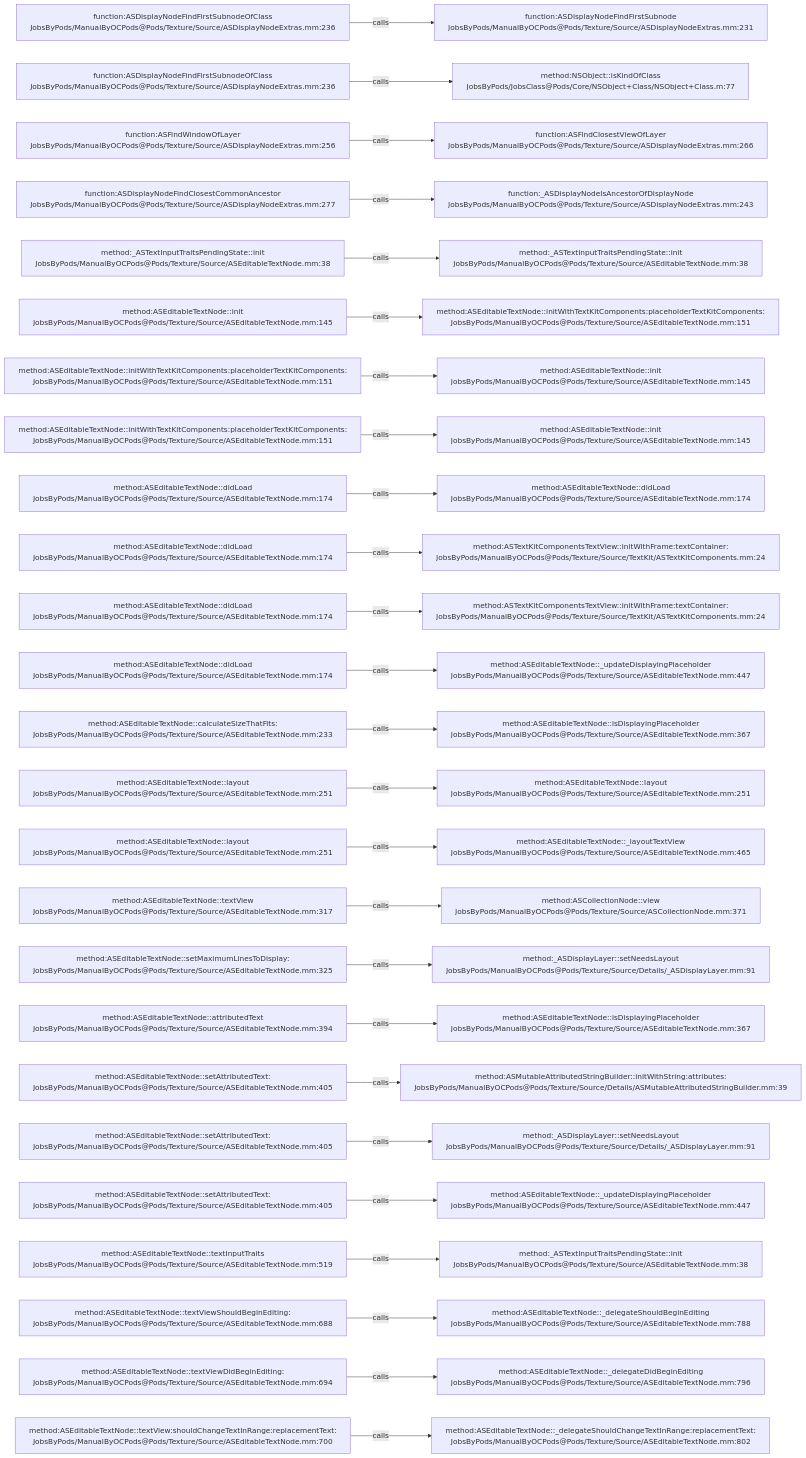
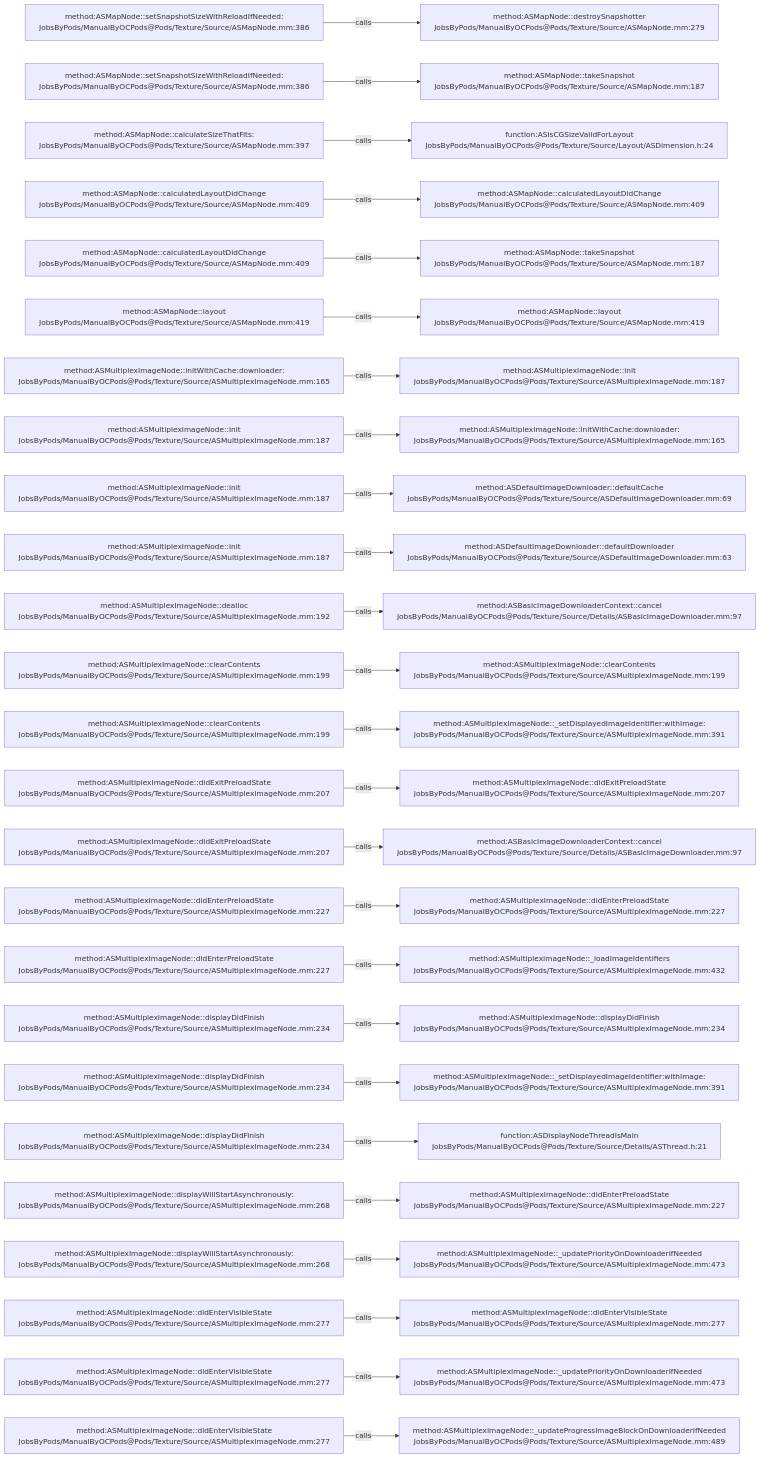
Before and after one commit to JobsKits/JobsOCBaseConfigDemo: the diagram in .codegraph/codegraph.md/graphs/calls-099.md, drawn with Mermaid. The commit also changed 2723 other files, not shown here.

````diff
--- a/.codegraph/codegraph.md/graphs/calls-099.md
+++ b/.codegraph/codegraph.md/graphs/calls-099.md
@@ -13,78 +13,78 @@
 ```mermaid
 flowchart LR
-  S1["function:ASDisplayNodeFindFirstSubnodeOfClass<br/>JobsByPods/ManualByOCPods@Pods/Texture/Source/ASDisplayNodeExtras.mm:236"]
-  T1["function:ASDisplayNodeFindFirstSubnode<br/>JobsByPods/ManualByOCPods@Pods/Texture/Source/ASDisplayNodeExtras.mm:231"]
+  S1["method:ASMapNode::setSnapshotSizeWithReloadIfNeeded:<br/>JobsByPods/ManualByOCPods@Pods/Texture/Source/ASMapNode.mm:386"]
+  T1["method:ASMapNode::destroySnapshotter<br/>JobsByPods/ManualByOCPods@Pods/Texture/Source/ASMapNode.mm:279"]
   S1 -->|calls| T1
-  S2["function:ASDisplayNodeFindFirstSubnodeOfClass<br/>JobsByPods/ManualByOCPods@Pods/Texture/Source/ASDisplayNodeExtras.mm:236"]
-  T2["method:NSObject::isKindOfClass<br/>JobsByPods/JobsClass@Pods/Core/NSObject+Class/NSObject+Class.m:77"]
+  S2["method:ASMapNode::setSnapshotSizeWithReloadIfNeeded:<br/>JobsByPods/ManualByOCPods@Pods/Texture/Source/ASMapNode.mm:386"]
+  T2["method:ASMapNode::takeSnapshot<br/>JobsByPods/ManualByOCPods@Pods/Texture/Source/ASMapNode.mm:187"]
   S2 -->|calls| T2
-  S3["function:ASFindWindowOfLayer<br/>JobsByPods/ManualByOCPods@Pods/Texture/Source/ASDisplayNodeExtras.mm:256"]
-  T3["function:ASFindClosestViewOfLayer<br/>JobsByPods/ManualByOCPods@Pods/Texture/Source/ASDisplayNodeExtras.mm:266"]
+  S3["method:ASMapNode::calculateSizeThatFits:<br/>JobsByPods/ManualByOCPods@Pods/Texture/Source/ASMapNode.mm:397"]
+  T3["function:ASIsCGSizeValidForLayout<br/>JobsByPods/ManualByOCPods@Pods/Texture/Source/Layout/ASDimension.h:24"]
   S3 -->|calls| T3
-  S4["function:ASDisplayNodeFindClosestCommonAncestor<br/>JobsByPods/ManualByOCPods@Pods/Texture/Source/ASDisplayNodeExtras.mm:277"]
-  T4["function:_ASDisplayNodeIsAncestorOfDisplayNode<br/>JobsByPods/ManualByOCPods@Pods/Texture/Source/ASDisplayNodeExtras.mm:243"]
+  S4["method:ASMapNode::calculatedLayoutDidChange<br/>JobsByPods/ManualByOCPods@Pods/Texture/Source/ASMapNode.mm:409"]
+  T4["method:ASMapNode::calculatedLayoutDidChange<br/>JobsByPods/ManualByOCPods@Pods/Texture/Source/ASMapNode.mm:409"]
   S4 -->|calls| T4
-  S5["method:_ASTextInputTraitsPendingState::init<br/>JobsByPods/ManualByOCPods@Pods/Texture/Source/ASEditableTextNode.mm:38"]
-  T5["method:_ASTextInputTraitsPendingState::init<br/>JobsByPods/ManualByOCPods@Pods/Texture/Source/ASEditableTextNode.mm:38"]
+  S5["method:ASMapNode::calculatedLayoutDidChange<br/>JobsByPods/ManualByOCPods@Pods/Texture/Source/ASMapNode.mm:409"]
+  T5["method:ASMapNode::takeSnapshot<br/>JobsByPods/ManualByOCPods@Pods/Texture/Source/ASMapNode.mm:187"]
   S5 -->|calls| T5
-  S6["method:ASEditableTextNode::init<br/>JobsByPods/ManualByOCPods@Pods/Texture/Source/ASEditableTextNode.mm:145"]
-  T6["method:ASEditableTextNode::initWithTextKitComponents:placeholderTextKitComponents:<br/>JobsByPods/ManualByOCPods@Pods/Texture/Source/ASEditableTextNode.mm:151"]
+  S6["method:ASMapNode::layout<br/>JobsByPods/ManualByOCPods@Pods/Texture/Source/ASMapNode.mm:419"]
+  T6["method:ASMapNode::layout<br/>JobsByPods/ManualByOCPods@Pods/Texture/Source/ASMapNode.mm:419"]
   S6 -->|calls| T6
-  S7["method:ASEditableTextNode::initWithTextKitComponents:placeholderTextKitComponents:<br/>JobsByPods/ManualByOCPods@Pods/Texture/Source/ASEditableTextNode.mm:151"]
-  T7["method:ASEditableTextNode::init<br/>JobsByPods/ManualByOCPods@Pods/Texture/Source/ASEditableTextNode.mm:145"]
+  S7["method:ASMultiplexImageNode::initWithCache:downloader:<br/>JobsByPods/ManualByOCPods@Pods/Texture/Source/ASMultiplexImageNode.mm:165"]
+  T7["method:ASMultiplexImageNode::init<br/>JobsByPods/ManualByOCPods@Pods/Texture/Source/ASMultiplexImageNode.mm:187"]
   S7 -->|calls| T7
-  S8["method:ASEditableTextNode::initWithTextKitComponents:placeholderTextKitComponents:<br/>JobsByPods/ManualByOCPods@Pods/Texture/Source/ASEditableTextNode.mm:151"]
-  T8["method:ASEditableTextNode::init<br/>JobsByPods/ManualByOCPods@Pods/Texture/Source/ASEditableTextNode.mm:145"]
+  S8["method:ASMultiplexImageNode::init<br/>JobsByPods/ManualByOCPods@Pods/Texture/Source/ASMultiplexImageNode.mm:187"]
+  T8["method:ASMultiplexImageNode::initWithCache:downloader:<br/>JobsByPods/ManualByOCPods@Pods/Texture/Source/ASMultiplexImageNode.mm:165"]
   S8 -->|calls| T8
-  S9["method:ASEditableTextNode::didLoad<br/>JobsByPods/ManualByOCPods@Pods/Texture/Source/ASEditableTextNode.mm:174"]
-  T9["method:ASEditableTextNode::didLoad<br/>JobsByPods/ManualByOCPods@Pods/Texture/Source/ASEditableTextNode.mm:174"]
+  S9["method:ASMultiplexImageNode::init<br/>JobsByPods/ManualByOCPods@Pods/Texture/Source/ASMultiplexImageNode.mm:187"]
+  T9["method:ASDefaultImageDownloader::defaultCache<br/>JobsByPods/ManualByOCPods@Pods/Texture/Source/ASDefaultImageDownloader.mm:69"]
   S9 -->|calls| T9
-  S10["method:ASEditableTextNode::didLoad<br/>JobsByPods/ManualByOCPods@Pods/Texture/Source/ASEditableTextNode.mm:174"]
-  T10["method:ASTextKitComponentsTextView::initWithFrame:textContainer:<br/>JobsByPods/ManualByOCPods@Pods/Texture/Source/TextKit/ASTextKitComponents.mm:24"]
+  S10["method:ASMultiplexImageNode::init<br/>JobsByPods/ManualByOCPods@Pods/Texture/Source/ASMultiplexImageNode.mm:187"]
+  T10["method:ASDefaultImageDownloader::defaultDownloader<br/>JobsByPods/ManualByOCPods@Pods/Texture/Source/ASDefaultImageDownloader.mm:63"]
   S10 -->|calls| T10
-  S11["method:ASEditableTextNode::didLoad<br/>JobsByPods/ManualByOCPods@Pods/Texture/Source/ASEditableTextNode.mm:174"]
-  T11["method:ASTextKitComponentsTextView::initWithFrame:textContainer:<br/>JobsByPods/ManualByOCPods@Pods/Texture/Source/TextKit/ASTextKitComponents.mm:24"]
+  S11["method:ASMultiplexImageNode::dealloc<br/>JobsByPods/ManualByOCPods@Pods/Texture/Source/ASMultiplexImageNode.mm:192"]
+  T11["method:ASBasicImageDownloaderContext::cancel<br/>JobsByPods/ManualByOCPods@Pods/Texture/Source/Details/ASBasicImageDownloader.mm:97"]
   S11 -->|calls| T11
-  S12["method:ASEditableTextNode::didLoad<br/>JobsByPods/ManualByOCPods@Pods/Texture/Source/ASEditableTextNode.mm:174"]
-  T12["method:ASEditableTextNode::_updateDisplayingPlaceholder<br/>JobsByPods/ManualByOCPods@Pods/Texture/Source/ASEditableTextNode.mm:447"]
+  S12["method:ASMultiplexImageNode::clearContents<br/>JobsByPods/ManualByOCPods@Pods/Texture/Source/ASMultiplexImageNode.mm:199"]
+  T12["method:ASMultiplexImageNode::clearContents<br/>JobsByPods/ManualByOCPods@Pods/Texture/Source/ASMultiplexImageNode.mm:199"]
   S12 -->|calls| T12
-  S13["method:ASEditableTextNode::calculateSizeThatFits:<br/>JobsByPods/ManualByOCPods@Pods/Texture/Source/ASEditableTextNode.mm:233"]
-  T13["method:ASEditableTextNode::isDisplayingPlaceholder<br/>JobsByPods/ManualByOCPods@Pods/Texture/Source/ASEditableTextNode.mm:367"]
+  S13["method:ASMultiplexImageNode::clearContents<br/>JobsByPods/ManualByOCPods@Pods/Texture/Source/ASMultiplexImageNode.mm:199"]
+  T13["method:ASMultiplexImageNode::_setDisplayedImageIdentifier:withImage:<br/>JobsByPods/ManualByOCPods@Pods/Texture/Source/ASMultiplexImageNode.mm:391"]
   S13 -->|calls| T13
-  S14["method:ASEditableTextNode::layout<br/>JobsByPods/ManualByOCPods@Pods/Texture/Source/ASEditableTextNode.mm:251"]
-  T14["method:ASEditableTextNode::layout<br/>JobsByPods/ManualByOCPods@Pods/Texture/Source/ASEditableTextNode.mm:251"]
+  S14["method:ASMultiplexImageNode::didExitPreloadState<br/>JobsByPods/ManualByOCPods@Pods/Texture/Source/ASMultiplexImageNode.mm:207"]
+  T14["method:ASMultiplexImageNode::didExitPreloadState<br/>JobsByPods/ManualByOCPods@Pods/Texture/Source/ASMultiplexImageNode.mm:207"]
   S14 -->|calls| T14
-  S15["method:ASEditableTextNode::layout<br/>JobsByPods/ManualByOCPods@Pods/Texture/Source/ASEditableTextNode.mm:251"]
-  T15["method:ASEditableTextNode::_layoutTextView<br/>JobsByPods/ManualByOCPods@Pods/Texture/Source/ASEditableTextNode.mm:465"]
+  S15["method:ASMultiplexImageNode::didExitPreloadState<br/>JobsByPods/ManualByOCPods@Pods/Texture/Source/ASMultiplexImageNode.mm:207"]
+  T15["method:ASBasicImageDownloaderContext::cancel<br/>JobsByPods/ManualByOCPods@Pods/Texture/Source/Details/ASBasicImageDownloader.mm:97"]
   S15 -->|calls| T15
-  S16["method:ASEditableTextNode::textView<br/>JobsByPods/ManualByOCPods@Pods/Texture/Source/ASEditableTextNode.mm:317"]
-  T16["method:ASCollectionNode::view<br/>JobsByPods/ManualByOCPods@Pods/Texture/Source/ASCollectionNode.mm:371"]
+  S16["method:ASMultiplexImageNode::didEnterPreloadState<br/>JobsByPods/ManualByOCPods@Pods/Texture/Source/ASMultiplexImageNode.mm:227"]
+  T16["method:ASMultiplexImageNode::didEnterPreloadState<br/>JobsByPods/ManualByOCPods@Pods/Texture/Source/ASMultiplexImageNode.mm:227"]
   S16 -->|calls| T16
-  S17["method:ASEditableTextNode::setMaximumLinesToDisplay:<br/>JobsByPods/ManualByOCPods@Pods/Texture/Source/ASEditableTextNode.mm:325"]
-  T17["method:_ASDisplayLayer::setNeedsLayout<br/>JobsByPods/ManualByOCPods@Pods/Texture/Source/Details/_ASDisplayLayer.mm:91"]
+  S17["method:ASMultiplexImageNode::didEnterPreloadState<br/>JobsByPods/ManualByOCPods@Pods/Texture/Source/ASMultiplexImageNode.mm:227"]
+  T17["method:ASMultiplexImageNode::_loadImageIdentifiers<br/>JobsByPods/ManualByOCPods@Pods/Texture/Source/ASMultiplexImageNode.mm:432"]
   S17 -->|calls| T17
-  S18["method:ASEditableTextNode::attributedText<br/>JobsByPods/ManualByOCPods@Pods/Texture/Source/ASEditableTextNode.mm:394"]
-  T18["method:ASEditableTextNode::isDisplayingPlaceholder<br/>JobsByPods/ManualByOCPods@Pods/Texture/Source/ASEditableTextNode.mm:367"]
+  S18["method:ASMultiplexImageNode::displayDidFinish<br/>JobsByPods/ManualByOCPods@Pods/Texture/Source/ASMultiplexImageNode.mm:234"]
+  T18["method:ASMultiplexImageNode::displayDidFinish<br/>JobsByPods/ManualByOCPods@Pods/Texture/Source/ASMultiplexImageNode.mm:234"]
   S18 -->|calls| T18
-  S19["method:ASEditableTextNode::setAttributedText:<br/>JobsByPods/ManualByOCPods@Pods/Texture/Source/ASEditableTextNode.mm:405"]
-  T19["method:ASMutableAttributedStringBuilder::initWithString:attributes:<br/>JobsByPods/ManualByOCPods@Pods/Texture/Source/Details/ASMutableAttributedStringBuilder.mm:39"]
+  S19["method:ASMultiplexImageNode::displayDidFinish<br/>JobsByPods/ManualByOCPods@Pods/Texture/Source/ASMultiplexImageNode.mm:234"]
+  T19["method:ASMultiplexImageNode::_setDisplayedImageIdentifier:withImage:<br/>JobsByPods/ManualByOCPods@Pods/Texture/Source/ASMultiplexImageNode.mm:391"]
   S19 -->|calls| T19
-  S20["method:ASEditableTextNode::setAttributedText:<br/>JobsByPods/ManualByOCPods@Pods/Texture/Source/ASEditableTextNode.mm:405"]
-  T20["method:_ASDisplayLayer::setNeedsLayout<br/>JobsByPods/ManualByOCPods@Pods/Texture/Source/Details/_ASDisplayLayer.mm:91"]
+  S20["method:ASMultiplexImageNode::displayDidFinish<br/>JobsByPods/ManualByOCPods@Pods/Texture/Source/ASMultiplexImageNode.mm:234"]
+  T20["function:ASDisplayNodeThreadIsMain<br/>JobsByPods/ManualByOCPods@Pods/Texture/Source/Details/ASThread.h:21"]
   S20 -->|calls| T20
-  S21["method:ASEditableTextNode::setAttributedText:<br/>JobsByPods/ManualByOCPods@Pods/Texture/Source/ASEditableTextNode.mm:405"]
-  T21["method:ASEditableTextNode::_updateDisplayingPlaceholder<br/>JobsByPods/ManualByOCPods@Pods/Texture/Source/ASEditableTextNode.mm:447"]
+  S21["method:ASMultiplexImageNode::displayWillStartAsynchronously:<br/>JobsByPods/ManualByOCPods@Pods/Texture/Source/ASMultiplexImageNode.mm:268"]
+  T21["method:ASMultiplexImageNode::didEnterPreloadState<br/>JobsByPods/ManualByOCPods@Pods/Texture/Source/ASMultiplexImageNode.mm:227"]
   S21 -->|calls| T21
-  S22["method:ASEditableTextNode::textInputTraits<br/>JobsByPods/ManualByOCPods@Pods/Texture/Source/ASEditableTextNode.mm:519"]
-  T22["method:_ASTextInputTraitsPendingState::init<br/>JobsByPods/ManualByOCPods@Pods/Texture/Source/ASEditableTextNode.mm:38"]
+  S22["method:ASMultiplexImageNode::displayWillStartAsynchronously:<br/>JobsByPods/ManualByOCPods@Pods/Texture/Source/ASMultiplexImageNode.mm:268"]
+  T22["method:ASMultiplexImageNode::_updatePriorityOnDownloaderIfNeeded<br/>JobsByPods/ManualByOCPods@Pods/Texture/Source/ASMultiplexImageNode.mm:473"]
   S22 -->|calls| T22
-  S23["method:ASEditableTextNode::textViewShouldBeginEditing:<br/>JobsByPods/ManualByOCPods@Pods/Texture/Source/ASEditableTextNode.mm:688"]
-  T23["method:ASEditableTextNode::_delegateShouldBeginEditing<br/>JobsByPods/ManualByOCPods@Pods/Texture/Source/ASEditableTextNode.mm:788"]
+  S23["method:ASMultiplexImageNode::didEnterVisibleState<br/>JobsByPods/ManualByOCPods@Pods/Texture/Source/ASMultiplexImageNode.mm:277"]
+  T23["method:ASMultiplexImageNode::didEnterVisibleState<br/>JobsByPods/ManualByOCPods@Pods/Texture/Source/ASMultiplexImageNode.mm:277"]
   S23 -->|calls| T23
-  S24["method:ASEditableTextNode::textViewDidBeginEditing:<br/>JobsByPods/ManualByOCPods@Pods/Texture/Source/ASEditableTextNode.mm:694"]
-  T24["method:ASEditableTextNode::_delegateDidBeginEditing<br/>JobsByPods/ManualByOCPods@Pods/Texture/Source/ASEditableTextNode.mm:796"]
+  S24["method:ASMultiplexImageNode::didEnterVisibleState<br/>JobsByPods/ManualByOCPods@Pods/Texture/Source/ASMultiplexImageNode.mm:277"]
+  T24["method:ASMultiplexImageNode::_updatePriorityOnDownloaderIfNeeded<br/>JobsByPods/ManualByOCPods@Pods/Texture/Source/ASMultiplexImageNode.mm:473"]
   S24 -->|calls| T24
-  S25["method:ASEditableTextNode::textView:shouldChangeTextInRange:replacementText:<br/>JobsByPods/ManualByOCPods@Pods/Texture/Source/ASEditableTextNode.mm:700"]
-  T25["method:ASEditableTextNode::_delegateShouldChangeTextInRange:replacementText:<br/>JobsByPods/ManualByOCPods@Pods/Texture/Source/ASEditableTextNode.mm:802"]
+  S25["method:ASMultiplexImageNode::didEnterVisibleState<br/>JobsByPods/ManualByOCPods@Pods/Texture/Source/ASMultiplexImageNode.mm:277"]
+  T25["method:ASMultiplexImageNode::_updateProgressImageBlockOnDownloaderIfNeeded<br/>JobsByPods/ManualByOCPods@Pods/Texture/Source/ASMultiplexImageNode.mm:489"]
   S25 -->|calls| T25
 ```
````
